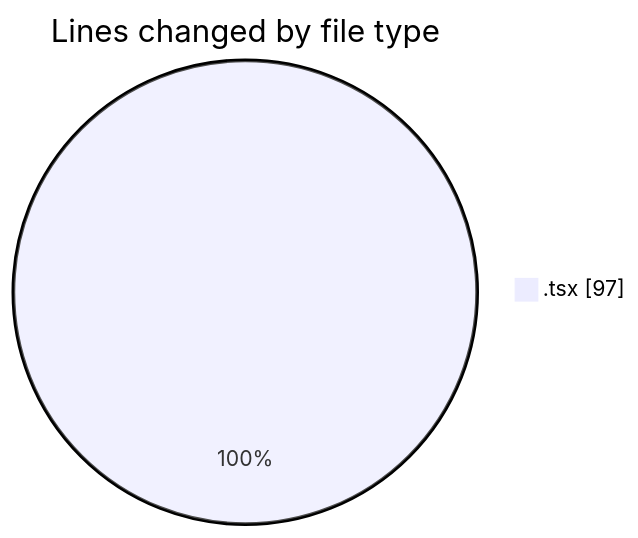
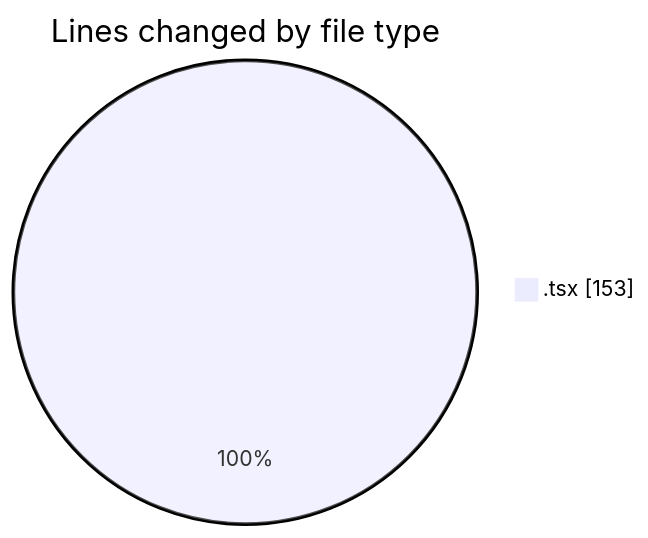
One commit to Ritupan-Deka/code-tracking changed the first of 2 diagrams in 2025-06-24/scopecraft/README.md. Above: the diagram before and after it, drawn with Mermaid. The commit also changed other lines of this file and 1 other file, not shown here.

````diff
--- a/2025-06-24/scopecraft/README.md
+++ b/2025-06-24/scopecraft/README.md
@@ -22,5 +23,5 @@
 ```mermaid
 pie showData
 title Lines changed by file type
-".tsx" : 97
+".tsx" : 153
 ```
````
